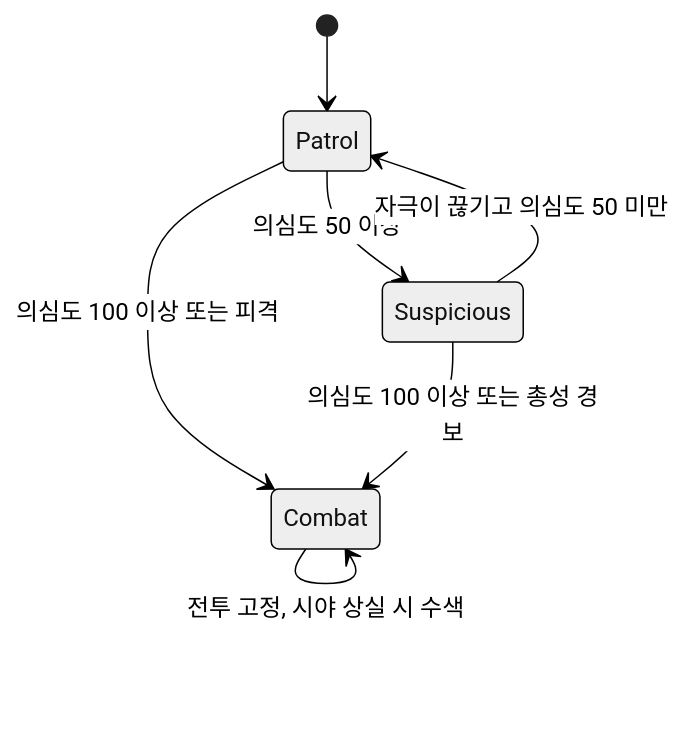
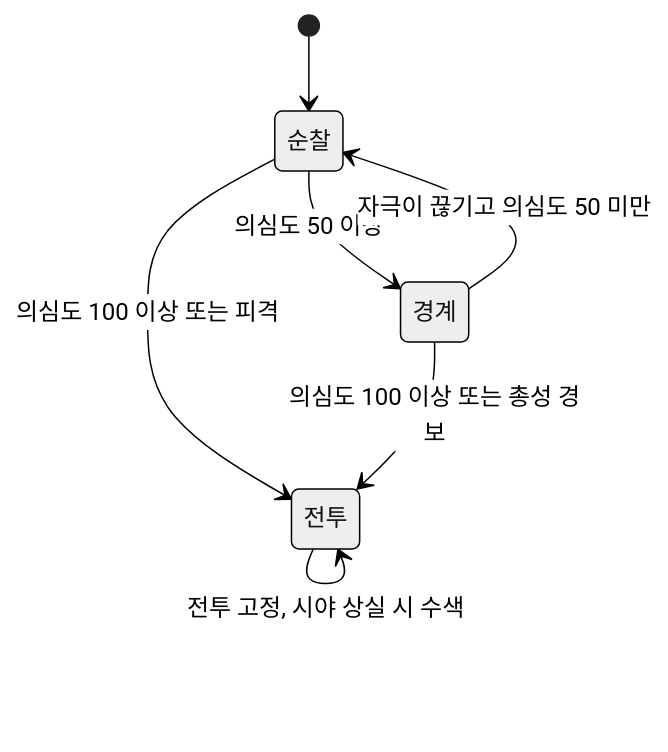
The first of 2 diagrams in notes/적 AI·소음 및 병원 잠입 구현 기록.md (Chillbok/2026s2_FpsProject_Document), drawn with Mermaid (neutral theme) before and after one commit. The commit also changed other lines of this file and 4 other files, not shown here.

````diff
--- a/notes/적 AI·소음 및 병원 잠입 구현 기록.md
+++ b/notes/적 AI·소음 및 병원 잠입 구현 기록.md
@@ -30,9 +34,12 @@
 ```mermaid
 stateDiagram-v2
+    state "순찰" as Patrol
+    state "경계" as Suspicious
+    state "전투" as Combat
     [*] --> Patrol
     Patrol --> Suspicious: 의심도 50 이상
     Patrol --> Combat: 의심도 100 이상 또는 피격
     Suspicious --> Combat: 의심도 100 이상 또는 총성 경보
     Suspicious --> Patrol: 자극이 끊기고 의심도 50 미만
     Combat --> Combat: 전투 고정, 시야 상실 시 수색
 ```
````
